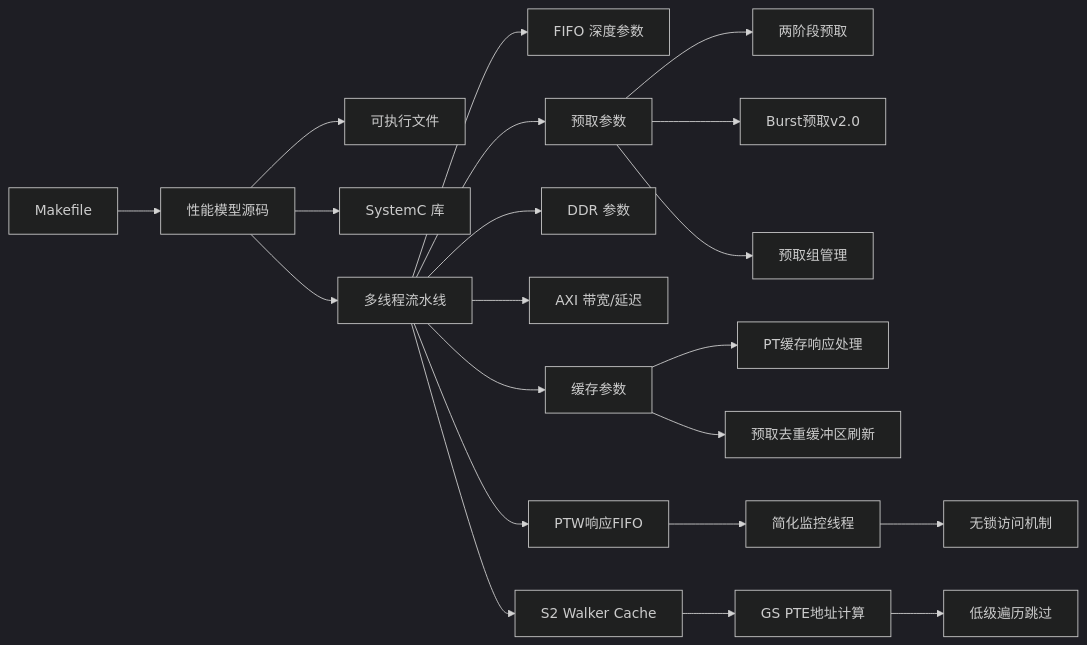
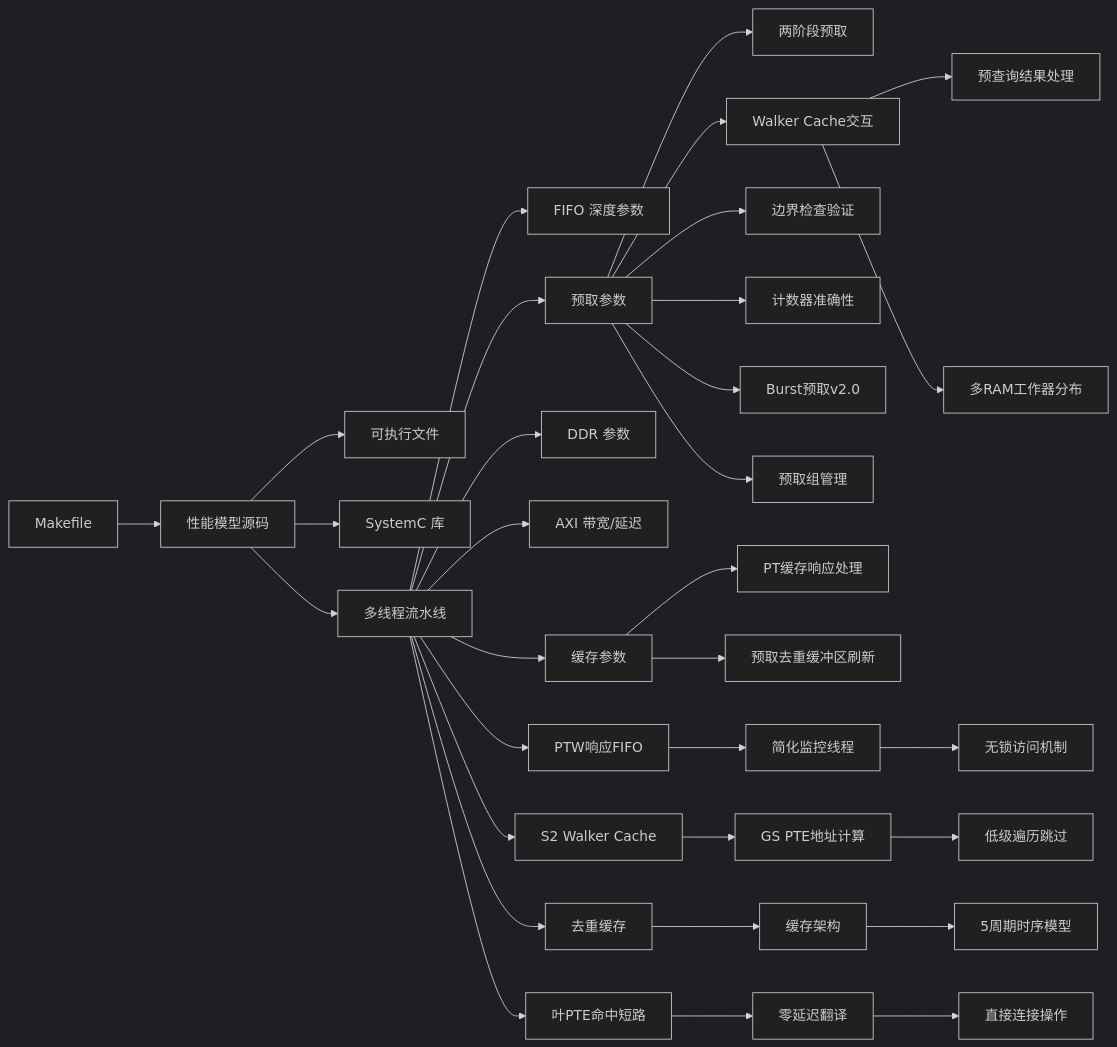
Before and after one commit to jiangjiang1122/iommu_model_20260401_v1: diagram 14 of 14 in .qoder/repowiki/zh/content/性能模型/性能模型.md, drawn with Mermaid (dark theme). The commit also changed other lines of this file and 186 other files, not shown here.

````diff
--- a/.qoder/repowiki/zh/content/性能模型/性能模型.md
+++ b/.qoder/repowiki/zh/content/性能模型/性能模型.md
@@ -870,23 +930,34 @@
 ```mermaid
 graph LR
 MK["Makefile"] --> SRC["性能模型源码"]
 SRC --> BIN["可执行文件"]
 SRC --> LIB["SystemC 库"]
 SRC --> THR["多线程流水线"]
 THR --> FIFO["FIFO 深度参数"]
 THR --> CACHE["缓存参数"]
 THR --> DDR["DDR 参数"]
 THR --> AXI["AXI 带宽/延迟"]
 THR --> PREFETCH["预取参数"]
 PREFETCH --> TSP["两阶段预取"]
+PREFETCH --> WCI["Walker Cache交互"]
+WCI --> PQR["预查询结果处理"]
+WCI --> MRD["多RAM工作器分布"]
+PREFETCH --> BCV["边界检查验证"]
+PREFETCH --> PCN["计数器准确性"]
 PREFETCH --> BPV["Burst预取v2.0"]
 PREFETCH --> PGM["预取组管理"]
 CACHE --> PCRH["PT缓存响应处理"]
 CACHE --> PDRF["预取去重缓冲区刷新"]
 THR --> PRF["PTW响应FIFO"]
 PRF --> SMO["简化监控线程"]
 SMO --> LOA["无锁访问机制"]
 THR --> S2C["S2 Walker Cache"]
 S2C --> GSC["GS PTE地址计算"]
 GSC --> SKP["低级遍历跳过"]
+THR --> DEDUP["去重缓存"]
+DEDUP --> CACHE_ARCH["缓存架构"]
+CACHE_ARCH --> TIMING["5周期时序模型"]
+THR --> EPM["叶PTE命中短路"]
+EPM --> ZDT["零延迟翻译"]
+ZDT --> DCO["直接连接操作"]
 ```
````
